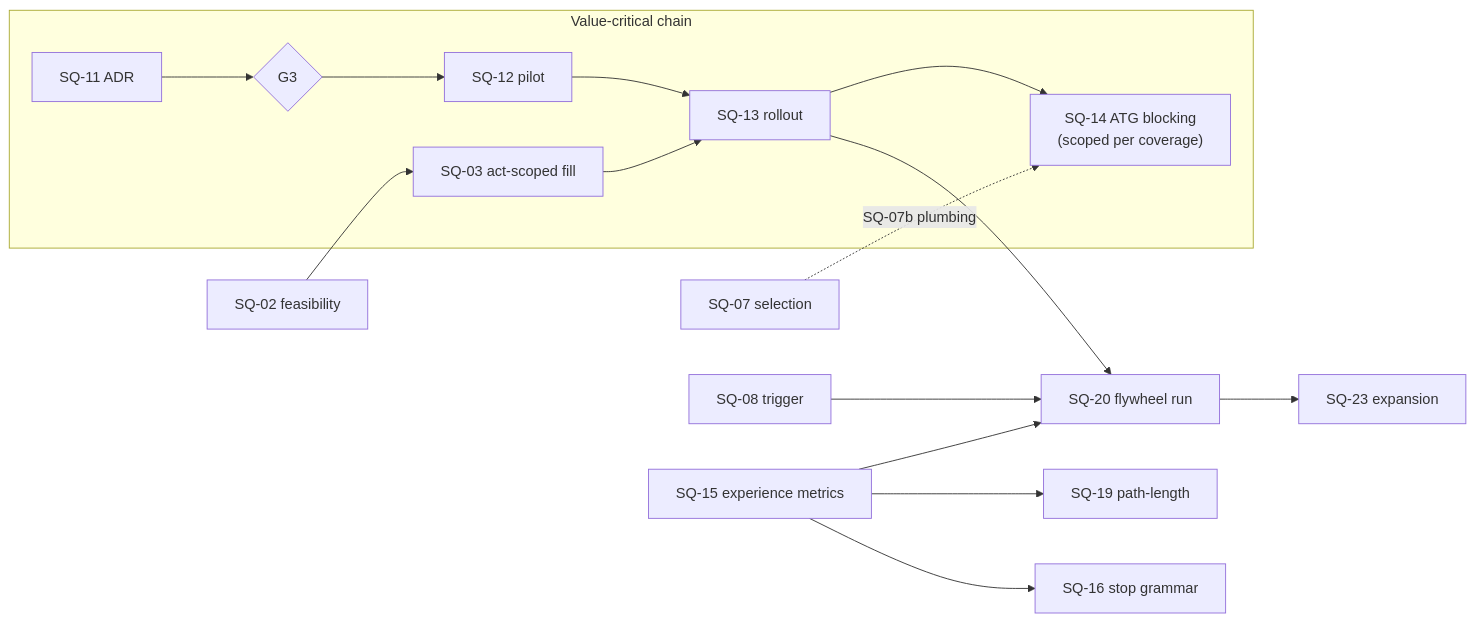
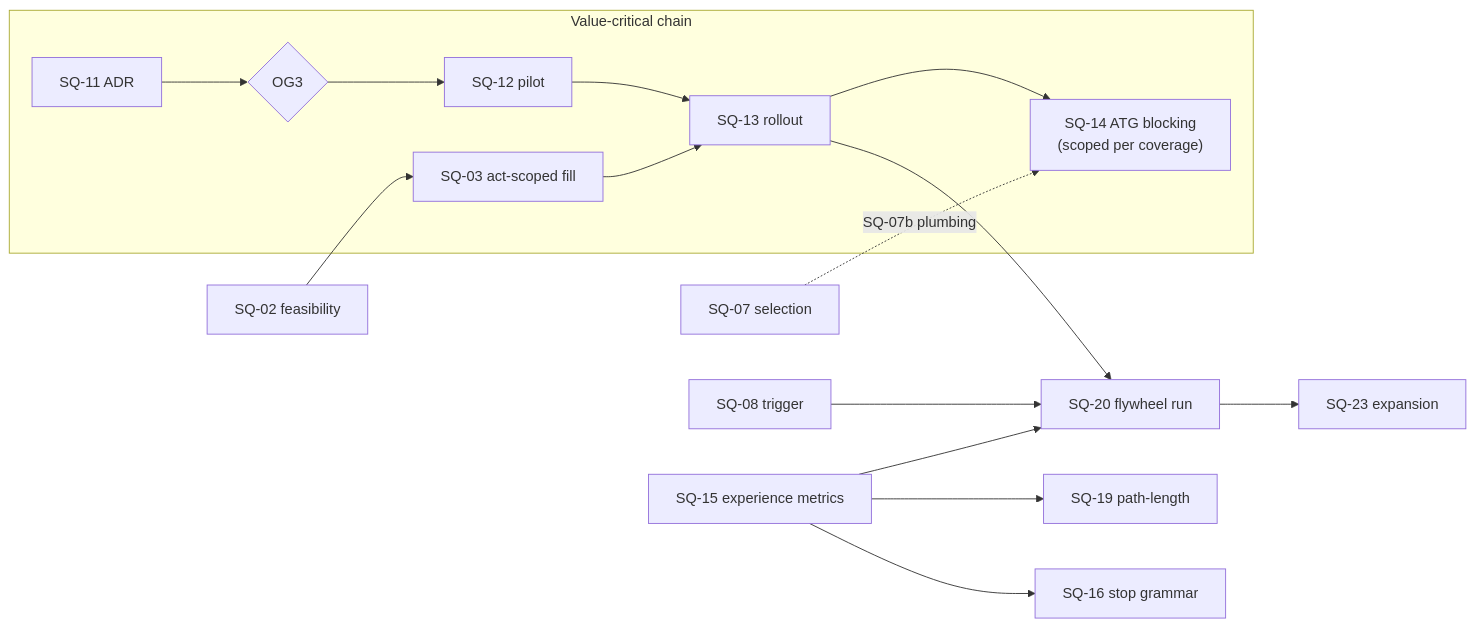
The diagram in docs/planning/story-structure-improvement-plan.md (ByronWilliamsCPA/cyo-adventure), drawn with Mermaid before and after one commit. The commit also changed other lines of this file and 1 other file, not shown here.

````diff
--- a/docs/planning/story-structure-improvement-plan.md
+++ b/docs/planning/story-structure-improvement-plan.md
@@ -88,17 +88,17 @@
 ```mermaid
 flowchart LR
   subgraph critical["Value-critical chain"]
-    SQ11["SQ-11 ADR"] --> G3{"G3"} --> SQ12["SQ-12 pilot"]
+    SQ11["SQ-11 ADR"] --> OG3{"OG3"} --> SQ12["SQ-12 pilot"]
     SQ12 --> SQ13["SQ-13 rollout"]
     SQ13 --> SQ14["SQ-14 ATG blocking<br/>(scoped per coverage)"]
     SQ03["SQ-03 act-scoped fill"] --> SQ13
   end
   SQ02["SQ-02 feasibility"] --> SQ03
   SQ07["SQ-07 selection"] -.SQ-07b plumbing.-> SQ14
   SQ08["SQ-08 trigger"] --> SQ20["SQ-20 flywheel run"]
   SQ15["SQ-15 experience metrics"] --> SQ20
   SQ15 --> SQ19["SQ-19 path-length"]
   SQ15 --> SQ16["SQ-16 stop grammar"]
   SQ13 --> SQ20
   SQ20 --> SQ23["SQ-23 expansion"]
 ```
````
